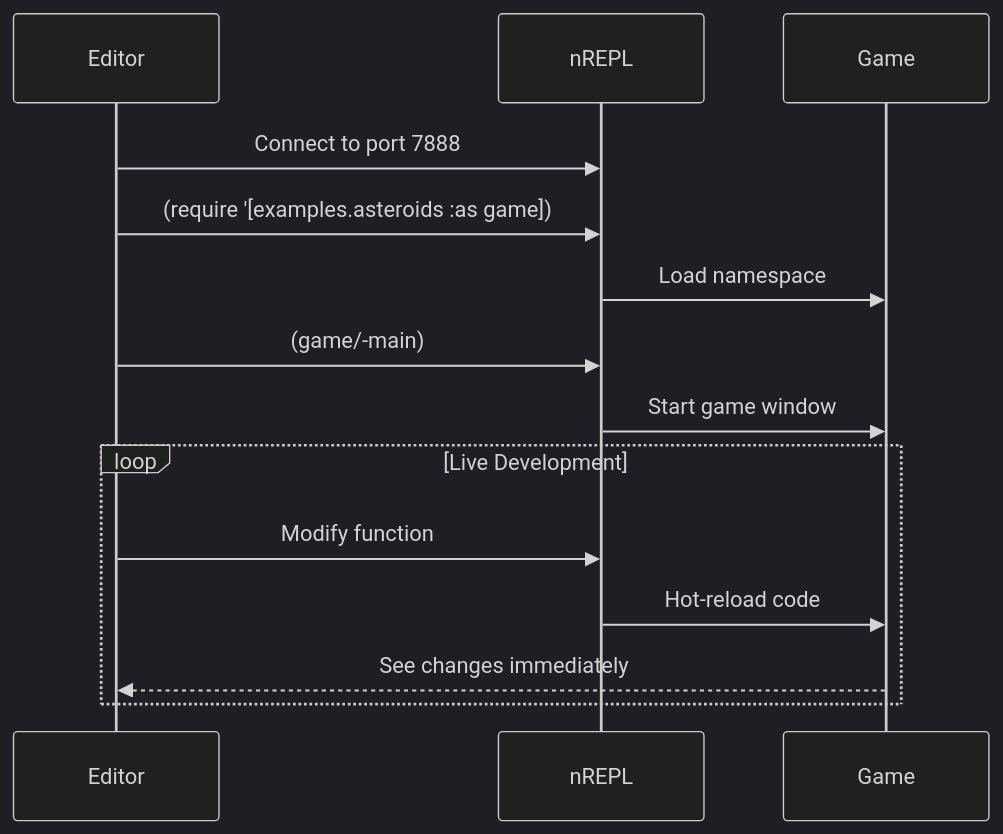
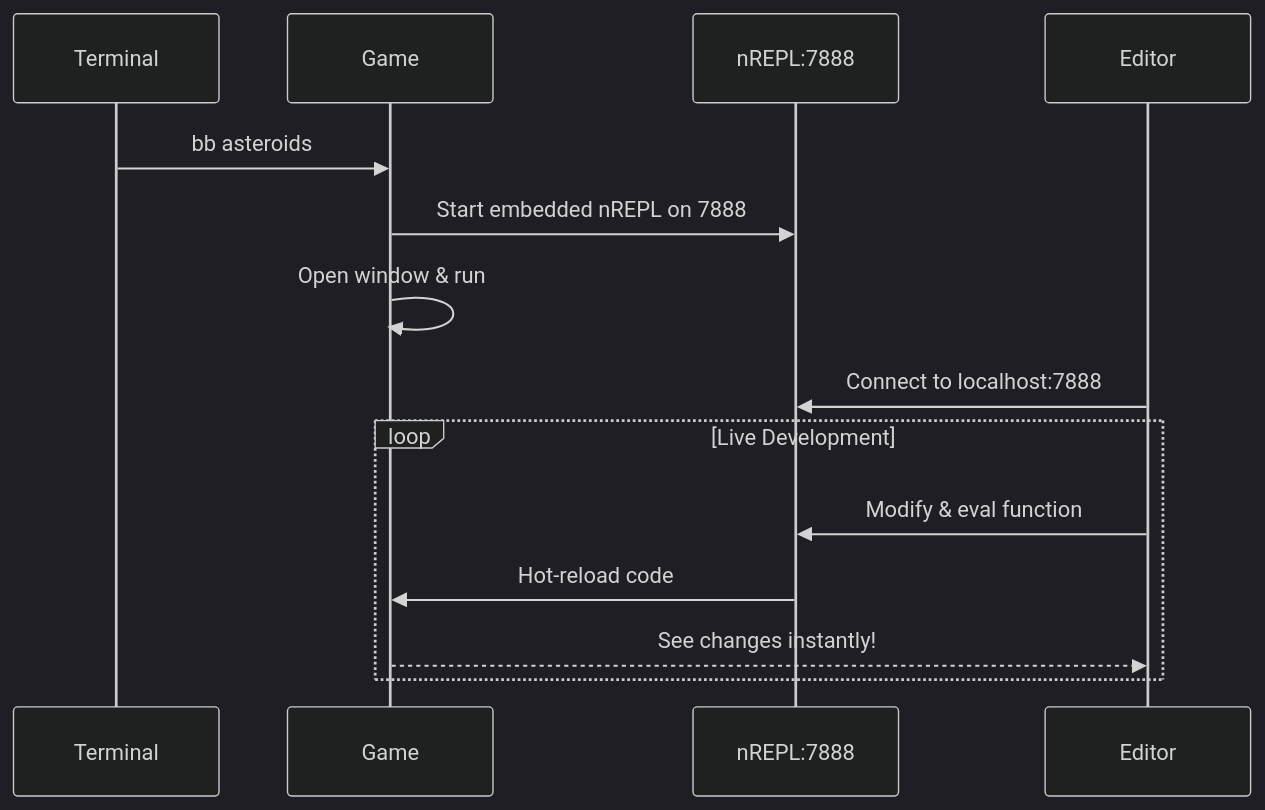
One commit to burinc/b12n-raylib-clj changed the fourth of 6 diagrams in README.md. Above: the diagram before and after it, drawn with Mermaid (dark theme). The commit also changed other lines of this file and 2 other files, not shown here.

````diff
--- a/README.md
+++ b/README.md
@@ -331,18 +347,18 @@
 ```mermaid
 sequenceDiagram
+    participant Terminal
+    participant Game
+    participant nREPL as nREPL:7888
     participant Editor
-    participant nREPL
-    participant Game
     
-    Editor->>nREPL: Connect to port 7888
-    Editor->>nREPL: (require '[examples.asteroids :as game])
-    nREPL->>Game: Load namespace
-    Editor->>nREPL: (game/-main)
-    nREPL->>Game: Start game window
+    Terminal->>Game: bb asteroids
+    Game->>nREPL: Start embedded nREPL on 7888
+    Game->>Game: Open window & run
+    Editor->>nREPL: Connect to localhost:7888
     
     loop Live Development
-        Editor->>nREPL: Modify function
+        Editor->>nREPL: Modify & eval function
         nREPL->>Game: Hot-reload code
-        Game-->>Editor: See changes immediately
+        Game-->>Editor: See changes instantly!
     end
 ```
````
